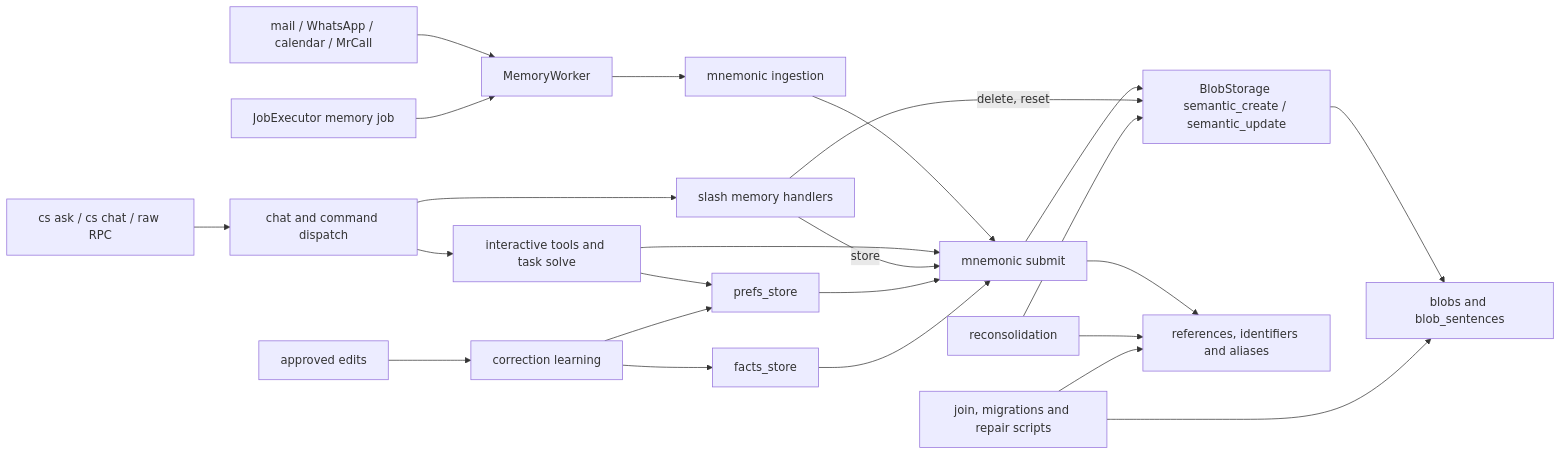
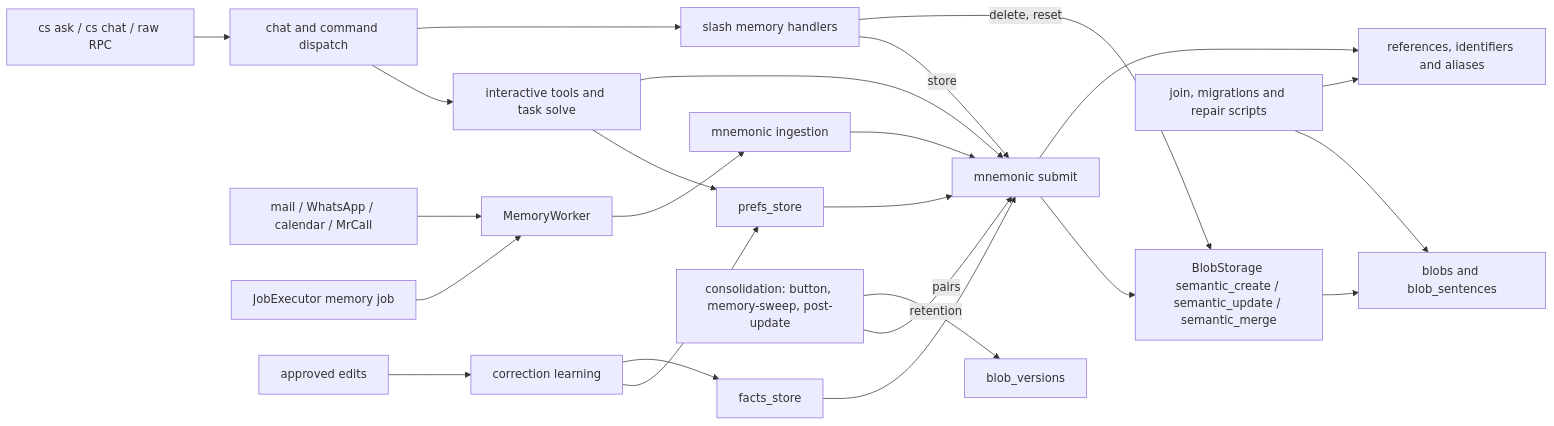
Before and after one commit to hahnbanach/mrcall-desktop: the diagram in engine/docs/features/mnemonic-writer-inventory.md, drawn with Mermaid. The commit also changed other lines of this file and 9 other files, not shown here.

First line of the commit message:
Docs: consolidation, the merge commit, retention and sinks, the canary on the role

````diff
--- a/engine/docs/features/mnemonic-writer-inventory.md
+++ b/engine/docs/features/mnemonic-writer-inventory.md
@@ -14,26 +14,26 @@
 ```mermaid
 flowchart LR
     K[cs ask / cs chat / raw RPC] --> C[chat and command dispatch]
     C --> I[interactive tools and task solve]
     C --> H[slash memory handlers]
     A[mail / WhatsApp / calendar / MrCall] --> W[MemoryWorker]
     J[JobExecutor memory job] --> W
     E[approved edits] --> L[correction learning]
     I --> P[prefs_store]
     L --> P
     L --> F[facts_store]
     W --> N[mnemonic ingestion]
     N --> S[mnemonic submit]
     I --> S
     H -->|store| S
     P --> S
     F --> S
-    S --> B[BlobStorage semantic_create / semantic_update]
+    R[consolidation: button, memory-sweep, post-update] -->|pairs| S
+    R -->|retention| V[blob_versions]
+    S --> B[BlobStorage semantic_create / semantic_update / semantic_merge]
     S --> X[references, identifiers and aliases]
     H -->|delete, reset| B
-    R[reconsolidation] --> B
-    R --> X
     B --> T[blobs and blob_sentences]
     O[join, migrations and repair scripts] --> T
     O --> X
 ```
````
